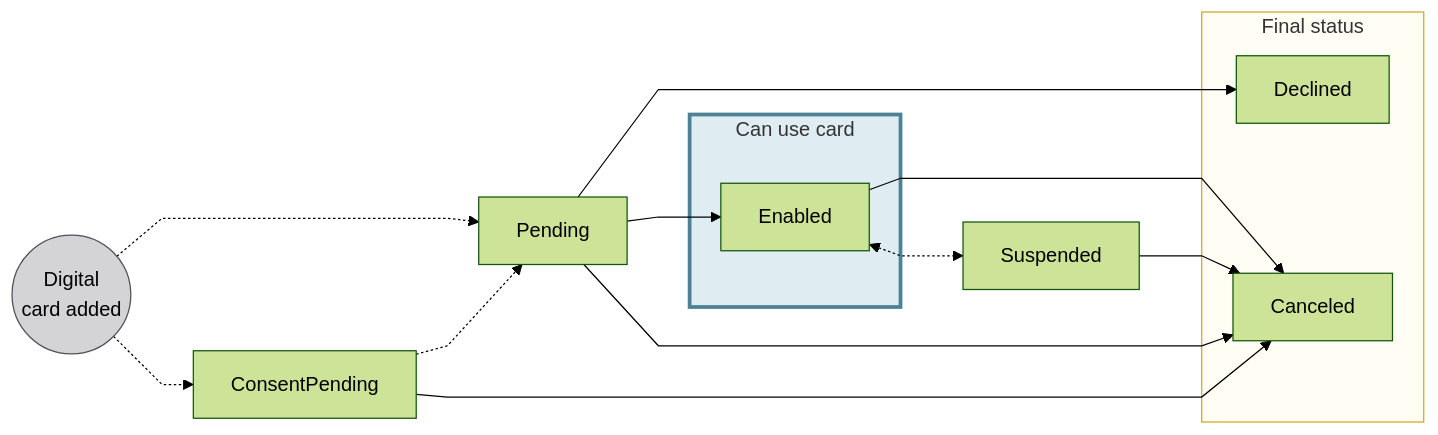
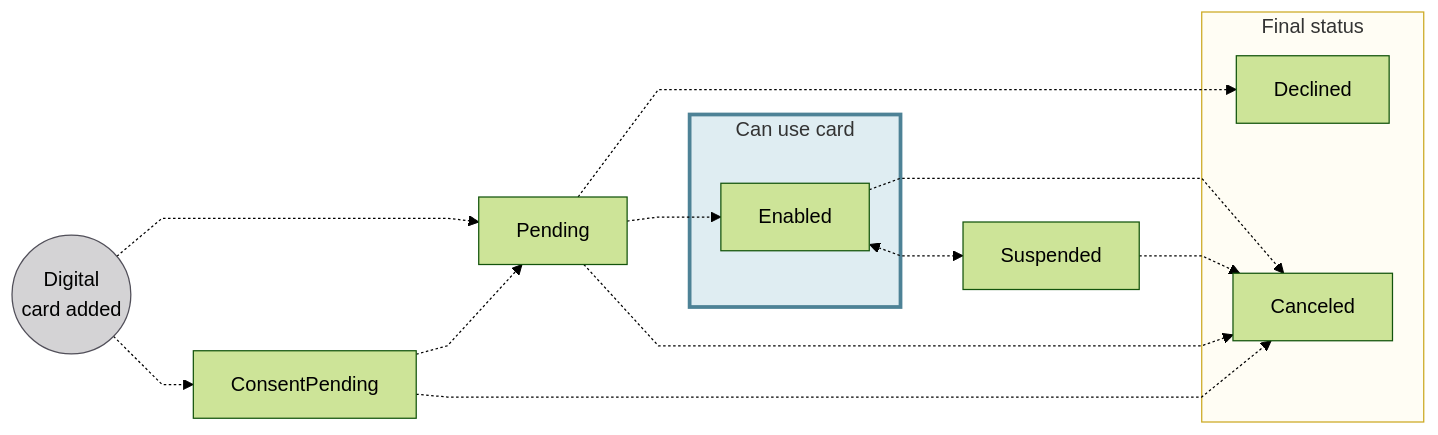
One commit to swan-io/docs changed the diagram in docs/topics/cards/digital/index.mdx. Above: the diagram before and after it, drawn with Mermaid (forest theme). The commit also changed 81 other files, not shown here.

````diff
--- a/docs/topics/cards/digital/index.mdx
+++ b/docs/topics/cards/digital/index.mdx
@@ -51,24 +51,24 @@
 ```mermaid
 %%{ init: { 'flowchart': { 'curve': 'linear' } } }%%
 flowchart LR
     DCA((Digital<br/>card added)) -.-> P[Pending]
     DCA -.-> CP[ConsentPending]
-    P --> D[Declined]
+    P -.-> D[Declined]
     CP -.-> P
-    CP --> CD
-    P --> E[Enabled]
-    E --> CD
+    CP -.-> CD
+    P -.-> E[Enabled]
+    E -.-> CD
     E <-.-> S[Suspended]
-    S --> CD[Canceled]
-    P --> CD
+    S -.-> CD[Canceled]
+    P -.-> CD
     subgraph U[Can use card]
         E
     end
     subgraph F[Final status]
         CD
         D
     end
     style DCA fill:#D4D3D5,stroke:#514F59
     style F fill:#fffdf4,stroke:#cca922
     style U fill:#dfedf2,stroke:#4d8296, stroke-width:3px
 ```
````
